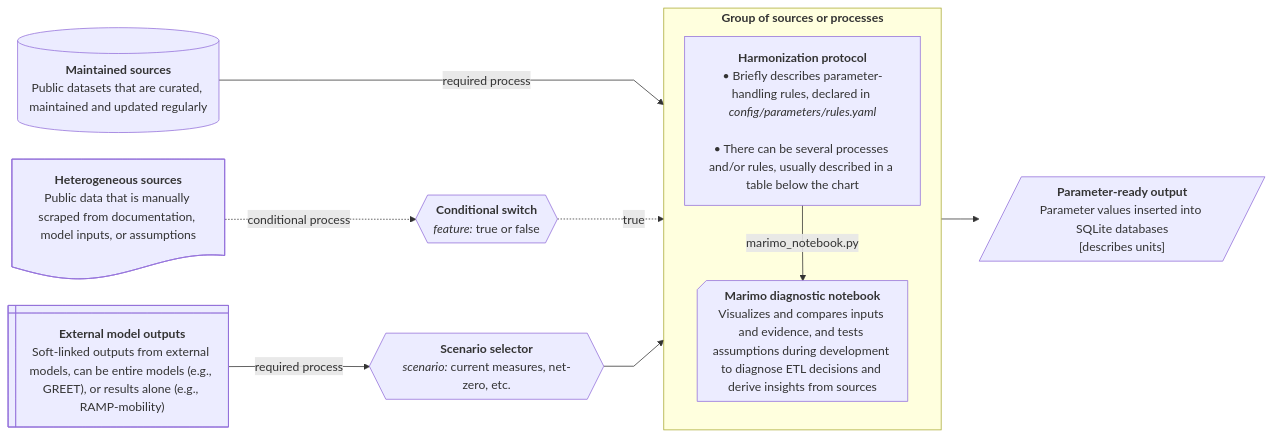
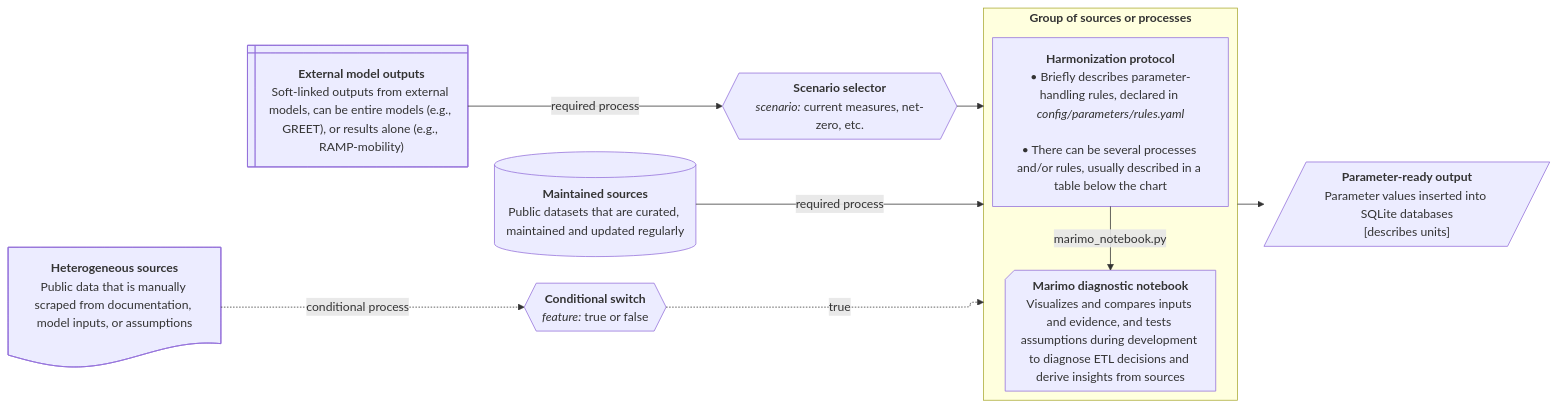
The third of 14 diagrams in README.md (CANOE-main/canoe-transportation), drawn with Mermaid before and after one commit. The commit also changed other lines of this file and 39 other files, not shown here.

First line of the commit message:
Add technology growth evidence acquisition and diagnostics; updated mermaid flowcharts to render with elk layout.

````diff
--- a/README.md
+++ b/README.md
@@ -331,42 +331,41 @@
 ```mermaid
 ---
 config:
-  layout: dagre
+  layout: elk
   flowchart:
     nodeSpacing: 35
     rankSpacing: 50
     wrappingWidth: 250
-    curve: linear
 ---
 flowchart LR
-  %% ########### Sources ###########
+  %% ############ Sources ###########
   s0[("`**Maintained sources**
     Public datasets that are curated, maintained and updated regularly`")]
   s1@{shape: doc, label: "**Heterogeneous sources**
     Public data that is manually scraped from documentation, model inputs, or assumptions"}
   s2@{shape: win-pane, label: "**External model outputs**
     Soft-linked outputs from external models, can be entire models (e.g., GREET), or results alone (e.g., RAMP-mobility)" }
 
-  %% ########### Processes ###########
+  %% ############ Processes ###########
   p0@{shape: hex, label: "**Conditional switch**
     *feature:* true or false"}
   p0_2@{shape: hex, label: "**Scenario selector**
     *scenario:* current measures, net-zero, etc."}
   subgraph process["`**Group of sources or processes**`"]
     direction TB
     p1["`**Harmonization protocol**
       • Briefly describes parameter-handling rules, declared in *config/parameters/rules.yaml*<br>
       • There can be several processes and/or rules, usually described in a table below the chart`"]
     p2@{shape: notch-rect, label: "**Marimo diagnostic notebook**
       Visualizes and compares inputs and evidence, and tests assumptions during development to diagnose ETL decisions and derive insights from sources"}
     p1 -- marimo_notebook.py --> p2
   end
 
   s0 -- required process ---> process
   s1 -. conditional process .-> p0 -. true .-> process
   s2 -- required process --> p0_2 --> process
 
   process --> o1[/"`**Parameter-ready output**
     Parameter values inserted into SQLite databases
     [describes units]`"/]
 ```
````
